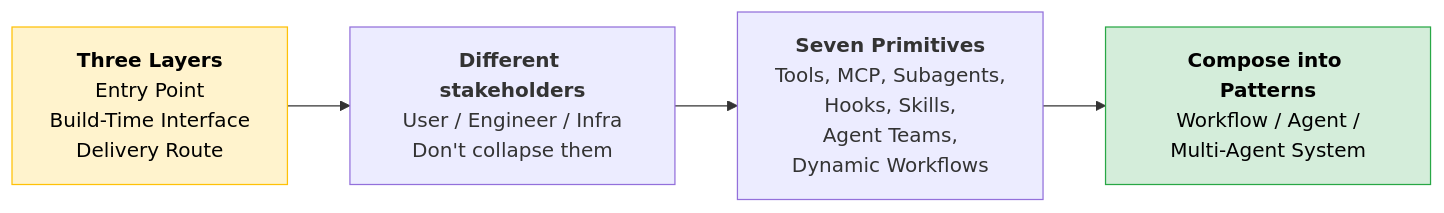
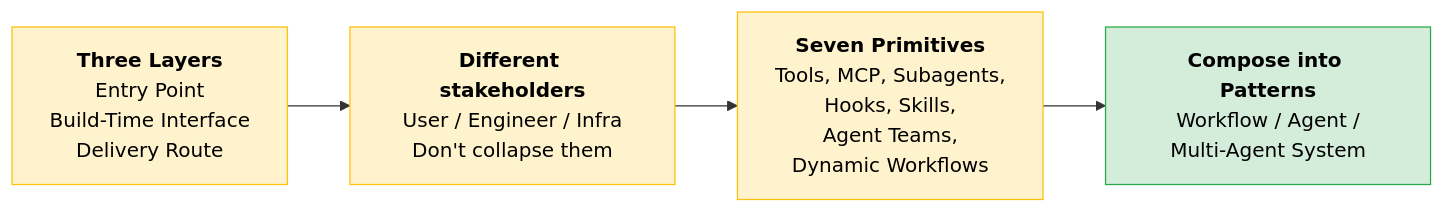
The fourth of 4 diagrams in Professional/01-Claude-Platform-and-Solution-Design/02-Platform-Map-and-Primitives.md (shreyabaid007/Claude-Certified-Architect), drawn with Mermaid before and after one commit. The commit also changed other lines of this file and 1 other file, not shown here.

First line of the commit message:
Standardize to two-color palette across all study diagrams

````diff
--- a/Professional/01-Claude-Platform-and-Solution-Design/02-Platform-Map-and-Primitives.md
+++ b/Professional/01-Claude-Platform-and-Solution-Design/02-Platform-Map-and-Primitives.md
@@ -160,9 +161,9 @@
 ```mermaid
 flowchart LR
-    A["<b>Three Layers</b><br/>Entry Point<br/>Build-Time Interface<br/>Delivery Route"] --> B["<b>Different stakeholders</b><br/>User / Engineer / Infra<br/>Don't collapse them"]
-    B --> C["<b>Seven Primitives</b><br/>Tools, MCP, Subagents,<br/>Hooks, Skills,<br/>Agent Teams,<br/>Dynamic Workflows"]
-    C --> D["<b>Compose into Patterns</b><br/>Workflow / Agent /<br/>Multi-Agent System"]
+    classDef concept fill:#fff3cd,stroke:#ffc107,color:#000
+    classDef action fill:#d4edda,stroke:#28a745,color:#000
 
-    style A fill:#fff3cd,stroke:#ffc107,color:#000
-    style D fill:#d4edda,stroke:#28a745,color:#000
+    A["<b>Three Layers</b><br/>Entry Point<br/>Build-Time Interface<br/>Delivery Route"]:::concept --> B["<b>Different stakeholders</b><br/>User / Engineer / Infra<br/>Don't collapse them"]:::concept
+    B --> C["<b>Seven Primitives</b><br/>Tools, MCP, Subagents,<br/>Hooks, Skills,<br/>Agent Teams,<br/>Dynamic Workflows"]:::concept
+    C --> D["<b>Compose into Patterns</b><br/>Workflow / Agent /<br/>Multi-Agent System"]:::action
 ```
````
